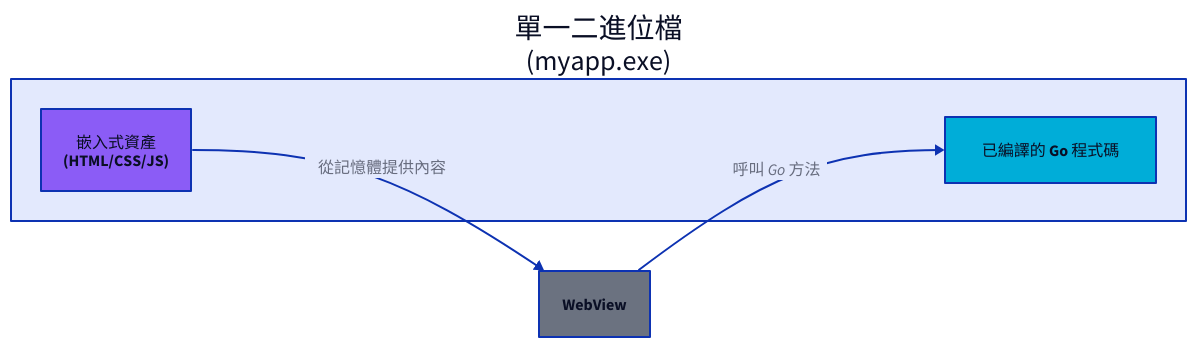
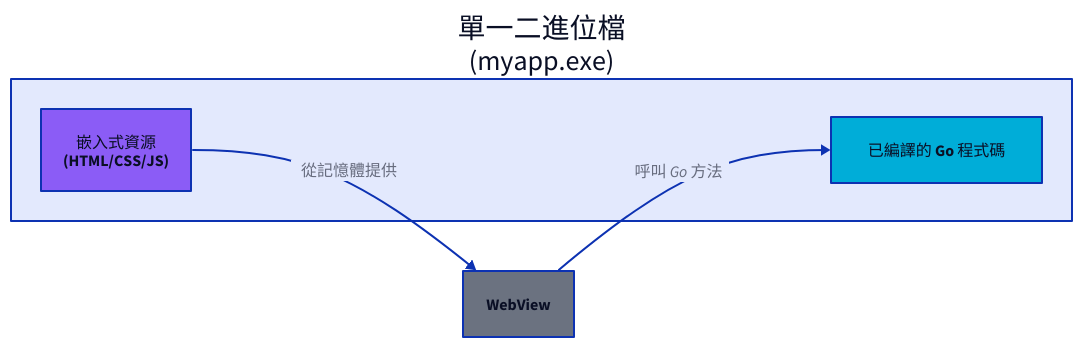
The seventh of 8 diagrams in docs/mpress/content/zh-tw/concepts/architecture.md (wailsapp/wails), drawn with D2 before and after one commit. The commit also changed other lines of this file and 1096 other files, not shown here.

````diff
--- a/docs/mpress/content/zh-tw/concepts/architecture.md
+++ b/docs/mpress/content/zh-tw/concepts/architecture.md
@@ -489,23 +489,23 @@
 ```d2
 direction: right
 
 Binary: "單一二進位檔\n(myapp.exe)" {
   GoCode: 已編譯的 Go 程式碼 {
     shape: rectangle
     style.fill: "#00ADD8"
   }
 
-  Assets: "嵌入式資產\n(HTML/CSS/JS)" {
+  Assets: "嵌入式資源\n(HTML/CSS/JS)" {
     shape: rectangle
     style.fill: "#8B5CF6"
   }
 }
 
 WebView: WebView {
   shape: rectangle
   style.fill: "#6B7280"
 }
 
-Binary.Assets -> WebView: 從記憶體提供內容
+Binary.Assets -> WebView: 從記憶體提供
 WebView -> Binary.GoCode: 呼叫 Go 方法
 ```
````
